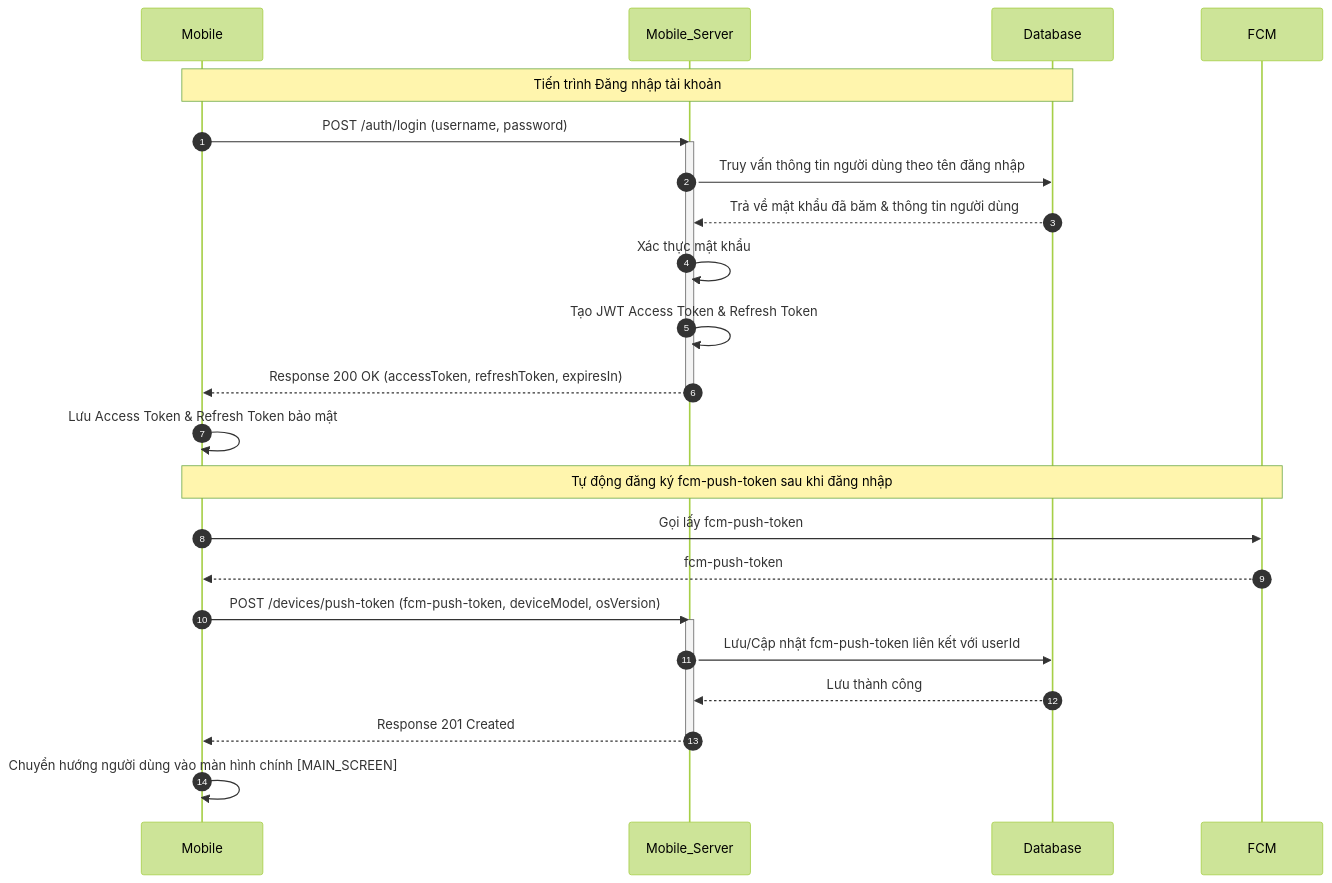
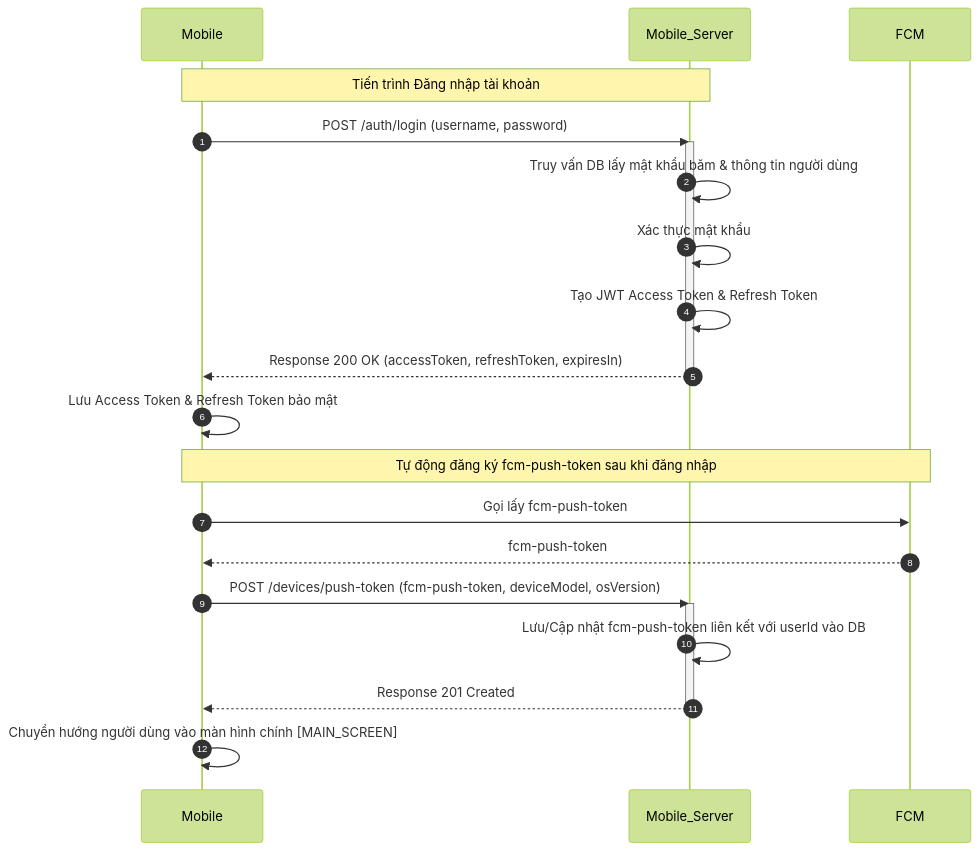
The third of 18 diagrams in docs/04-sequence-diagram.md (trungnguyenthien/Wildlife-Warning-and-Deterrence-System), drawn with Mermaid (forest theme) before and after one commit. The commit also changed other lines of this file, not shown here.

Commit message:
docs: update sequence diagram to reflect latest system flow refinements

````diff
--- a/docs/04-sequence-diagram.md
+++ b/docs/04-sequence-diagram.md
@@ -178,31 +174,28 @@
 ```mermaid
 sequenceDiagram
     autonumber
     participant Mobile as Mobile
     participant Mobile_Server as Mobile_Server
-    participant Database as Database
     participant FCM as FCM
 
-    Note over Mobile, Database: Tiến trình Đăng nhập tài khoản
+    Note over Mobile, Mobile_Server: Tiến trình Đăng nhập tài khoản
     Mobile->>Mobile_Server: POST /auth/login (username, password)
     activate Mobile_Server
-    Mobile_Server->>Database: Truy vấn thông tin người dùng theo tên đăng nhập
-    Database-->>Mobile_Server: Trả về mật khẩu đã băm & thông tin người dùng
+    Mobile_Server->>Mobile_Server: Truy vấn DB lấy mật khẩu băm & thông tin người dùng
     Mobile_Server->>Mobile_Server: Xác thực mật khẩu
     Mobile_Server->>Mobile_Server: Tạo JWT Access Token & Refresh Token
     Mobile_Server-->>Mobile: Response 200 OK (accessToken, refreshToken, expiresIn)
     deactivate Mobile_Server
 
     Mobile->>Mobile: Lưu Access Token & Refresh Token bảo mật
 
     Note over Mobile, FCM: Tự động đăng ký fcm-push-token sau khi đăng nhập
     Mobile->>FCM: Gọi lấy fcm-push-token
     FCM-->>Mobile: fcm-push-token
     Mobile->>Mobile_Server: POST /devices/push-token (fcm-push-token, deviceModel, osVersion)
     activate Mobile_Server
-    Mobile_Server->>Database: Lưu/Cập nhật fcm-push-token liên kết với userId
-    Database-->>Mobile_Server: Lưu thành công
+    Mobile_Server->>Mobile_Server: Lưu/Cập nhật fcm-push-token liên kết với userId vào DB
     Mobile_Server-->>Mobile: Response 201 Created
     deactivate Mobile_Server
     Mobile->>Mobile: Chuyển hướng người dùng vào màn hình chính [MAIN_SCREEN]
 ```
````
